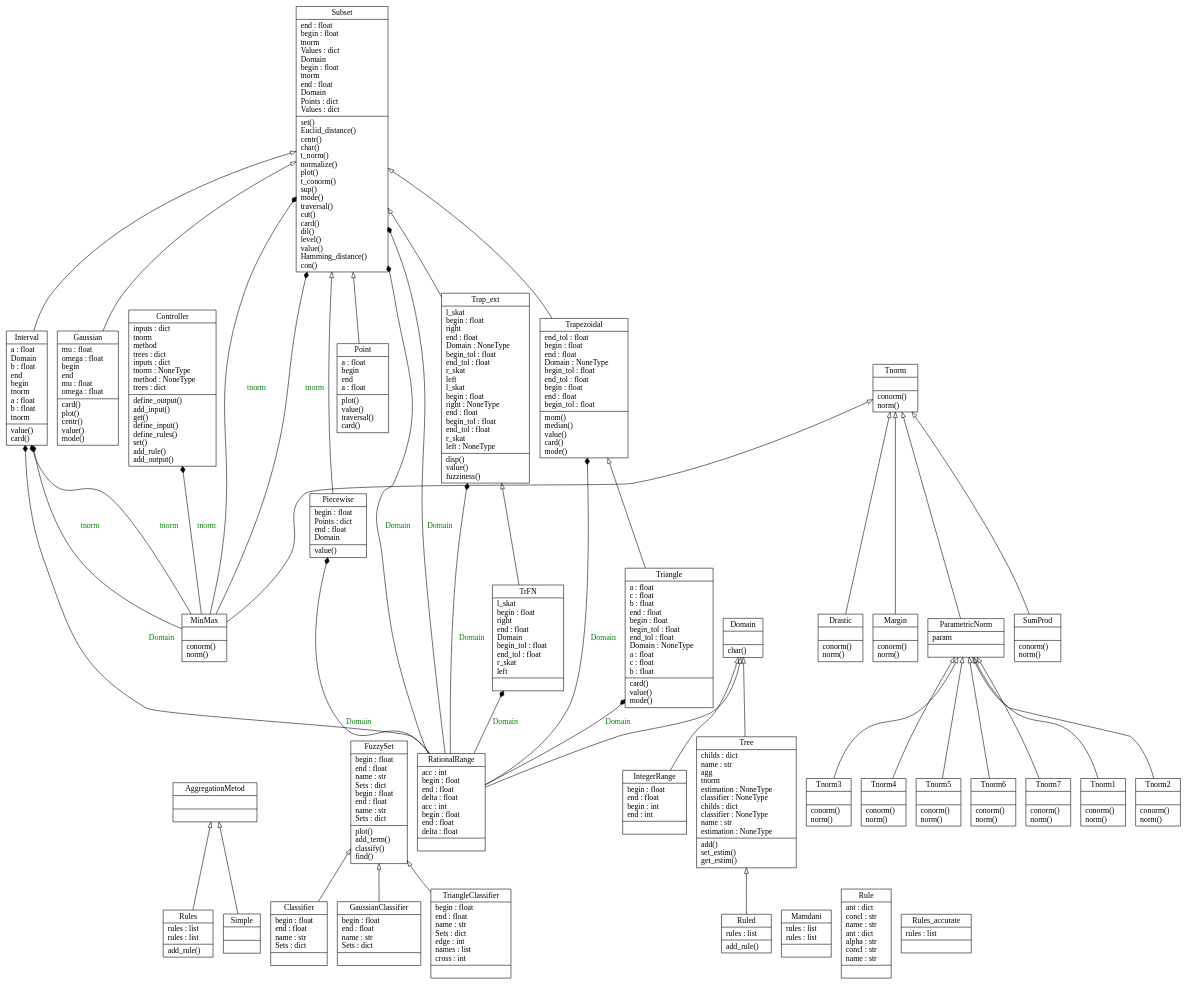
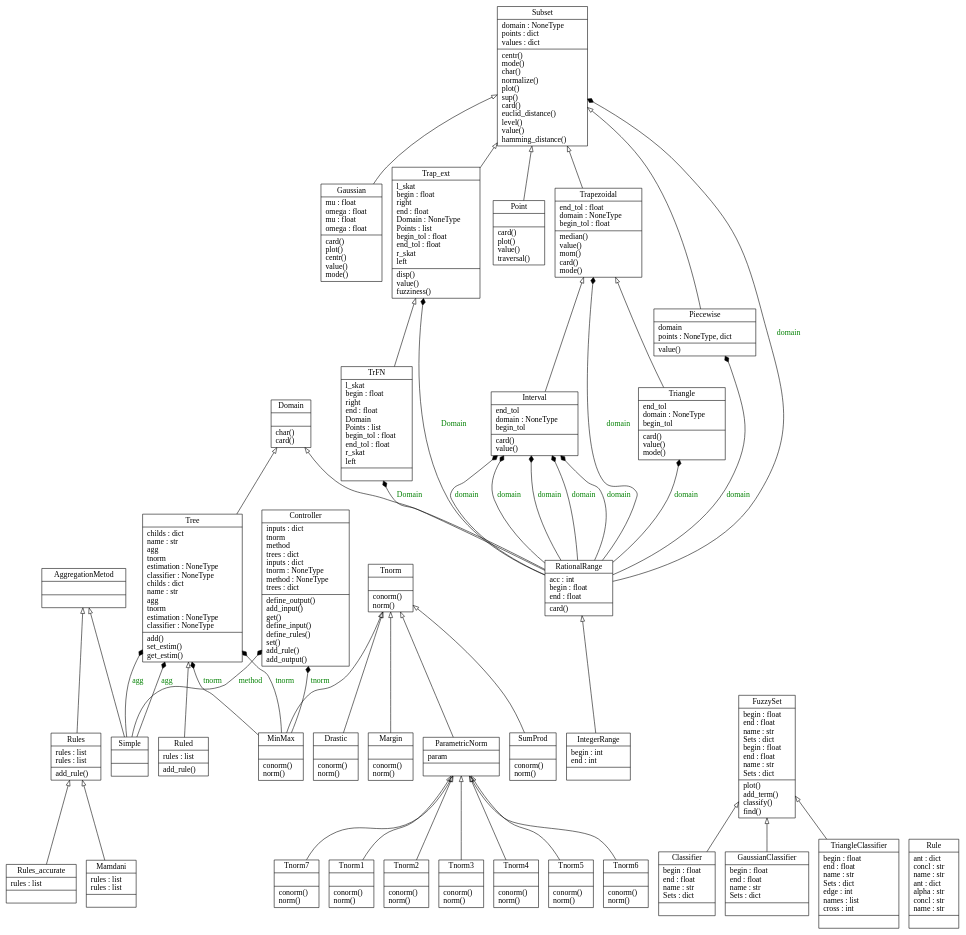
One commit to koroteevmv/FuzzyCalcPy changed the diagram in classes_No_Name.dot. Above: the diagram before and after it, drawn with Graphviz. The commit also changed 20 other files, not shown here.

```diff
--- a/classes_No_Name.dot
+++ b/classes_No_Name.dot
@@ -1,84 +1,90 @@
 digraph "classes_No_Name" {
 charset="utf-8"
 rankdir=BT
 "0" [label="{AggregationMetod|\l|}", shape="record"];
 "1" [label="{Classifier|begin : float\lend : float\lname : str\lSets : dict\l|}", shape="record"];
 "2" [label="{Controller|inputs : dict\ltnorm\lmethod\ltrees : dict\linputs : dict\ltnorm : NoneType\lmethod : NoneType\ltrees : dict\l|define_output()\ladd_input()\lget()\ldefine_input()\ldefine_rules()\lset()\ladd_rule()\ladd_output()\l}", shape="record"];
-"3" [label="{Domain|\l|char()\l}", shape="record"];
+"3" [label="{Domain|\l|char()\lcard()\l}", shape="record"];
 "4" [label="{Drastic|\l|conorm()\lnorm()\l}", shape="record"];
 "5" [label="{FuzzySet|begin : float\lend : float\lname : str\lSets : dict\lbegin : float\lend : float\lname : str\lSets : dict\l|plot()\ladd_term()\lclassify()\lfind()\l}", shape="record"];
-"6" [label="{Gaussian|mu : float\lomega : float\lbegin\lend\lmu : float\lomega : float\l|card()\lplot()\lcentr()\lvalue()\lmode()\l}", shape="record"];
+"6" [label="{Gaussian|mu : float\lomega : float\lmu : float\lomega : float\l|card()\lplot()\lcentr()\lvalue()\lmode()\l}", shape="record"];
 "7" [label="{GaussianClassifier|begin : float\lend : float\lname : str\lSets : dict\l|}", shape="record"];
-"8" [label="{IntegerRange|begin : float\lend : float\lbegin : int\lend : int\l|}", shape="record"];
-"9" [label="{Interval|a : float\lDomain\lb : float\lend\lbegin\ltnorm\la : float\lb : float\ltnorm\l|value()\lcard()\l}", shape="record"];
+"8" [label="{IntegerRange|begin : int\lend : int\l|}", shape="record"];
+"9" [label="{Interval|end_tol\ldomain : NoneType\lbegin_tol\l|card()\lvalue()\l}", shape="record"];
 "10" [label="{Mamdani|rules : list\lrules : list\l|}", shape="record"];
 "11" [label="{Margin|\l|conorm()\lnorm()\l}", shape="record"];
 "12" [label="{MinMax|\l|conorm()\lnorm()\l}", shape="record"];
 "13" [label="{ParametricNorm|param\l|}", shape="record"];
-"14" [label="{Piecewise|begin : float\lPoints : dict\lend : float\lDomain\l|value()\l}", shape="record"];
-"15" [label="{Point|a : float\lbegin\lend\la : float\l|plot()\lvalue()\ltraversal()\lcard()\l}", shape="record"];
-"16" [label="{RationalRange|acc : int\lbegin : float\lend : float\ldelta : float\lacc : int\lbegin : float\lend : float\ldelta : float\l|}", shape="record"];
+"14" [label="{Piecewise|domain\lpoints : NoneType, dict\l|value()\l}", shape="record"];
+"15" [label="{Point|\l|card()\lplot()\lvalue()\ltraversal()\l}", shape="record"];
+"16" [label="{RationalRange|acc : int\lbegin : float\lend : float\l|card()\l}", shape="record"];
 "17" [label="{Rule|ant : dict\lconcl : str\lname : str\lant : dict\lalpha : str\lconcl : str\lname : str\l|}", shape="record"];
 "18" [label="{Ruled|rules : list\l|add_rule()\l}", shape="record"];
 "19" [label="{Rules|rules : list\lrules : list\l|add_rule()\l}", shape="record"];
 "20" [label="{Rules_accurate|rules : list\l|}", shape="record"];
 "21" [label="{Simple|\l|}", shape="record"];
-"22" [label="{Subset|end : float\lbegin : float\ltnorm\lValues : dict\lDomain\lbegin : float\ltnorm\lend : float\lDomain\lPoints : dict\lValues : dict\l|set()\lEuclid_distance()\lcentr()\lchar()\lt_norm()\lnormalize()\lplot()\lt_conorm()\lsup()\lmode()\ltraversal()\lcut()\lcard()\ldil()\llevel()\lvalue()\lHamming_distance()\lcon()\l}", shape="record"];
+"22" [label="{Subset|domain : NoneType\lpoints : dict\lvalues : dict\l|centr()\lmode()\lchar()\lnormalize()\lplot()\lsup()\lcard()\leuclid_distance()\llevel()\lvalue()\lhamming_distance()\l}", shape="record"];
 "23" [label="{SumProd|\l|conorm()\lnorm()\l}", shape="record"];
 "24" [label="{Tnorm|\l|conorm()\lnorm()\l}", shape="record"];
 "25" [label="{Tnorm1|\l|conorm()\lnorm()\l}", shape="record"];
 "26" [label="{Tnorm2|\l|conorm()\lnorm()\l}", shape="record"];
 "27" [label="{Tnorm3|\l|conorm()\lnorm()\l}", shape="record"];
 "28" [label="{Tnorm4|\l|conorm()\lnorm()\l}", shape="record"];
 "29" [label="{Tnorm5|\l|conorm()\lnorm()\l}", shape="record"];
 "30" [label="{Tnorm6|\l|conorm()\lnorm()\l}", shape="record"];
 "31" [label="{Tnorm7|\l|conorm()\lnorm()\l}", shape="record"];
-"32" [label="{TrFN|l_skat\lbegin : float\lright\lend : float\lDomain\lbegin_tol : float\lend_tol : float\lr_skat\lleft\l|}", shape="record"];
-"33" [label="{Trap_ext|l_skat\lbegin : float\lright\lend : float\lDomain : NoneType\lbegin_tol : float\lend_tol : float\lr_skat\lleft\ll_skat\lbegin : float\lright : NoneType\lend : float\lbegin_tol : float\lend_tol : float\lr_skat\lleft : NoneType\l|disp()\lvalue()\lfuzziness()\l}", shape="record"];
-"34" [label="{Trapezoidal|end_tol : float\lbegin : float\lend : float\lDomain : NoneType\lbegin_tol : float\lend_tol : float\lbegin : float\lend : float\lbegin_tol : float\l|mom()\lmedian()\lvalue()\lcard()\lmode()\l}", shape="record"];
-"35" [label="{Tree|childs : dict\lname : str\lagg\ltnorm\lestimation : NoneType\lclassifier : NoneType\lchilds : dict\lclassifier : NoneType\lname : str\lestimation : NoneType\l|add()\lset_estim()\lget_estim()\l}", shape="record"];
-"36" [label="{Triangle|a : float\lc : float\lb : float\lend : float\lbegin : float\lbegin_tol : float\lend_tol : float\lDomain : NoneType\la : float\lc : float\lb : float\l|card()\lvalue()\lmode()\l}", shape="record"];
+"32" [label="{TrFN|l_skat\lbegin : float\lright\lend : float\lDomain\lPoints : list\lbegin_tol : float\lend_tol : float\lr_skat\lleft\l|}", shape="record"];
+"33" [label="{Trap_ext|l_skat\lbegin : float\lright\lend : float\lDomain : NoneType\lPoints : list\lbegin_tol : float\lend_tol : float\lr_skat\lleft\l|disp()\lvalue()\lfuzziness()\l}", shape="record"];
+"34" [label="{Trapezoidal|end_tol : float\ldomain : NoneType\lbegin_tol : float\l|median()\lvalue()\lmom()\lcard()\lmode()\l}", shape="record"];
+"35" [label="{Tree|childs : dict\lname : str\lagg\ltnorm\lestimation : NoneType\lclassifier : NoneType\lchilds : dict\lname : str\lagg\ltnorm\lestimation : NoneType\lclassifier : NoneType\l|add()\lset_estim()\lget_estim()\l}", shape="record"];
+"36" [label="{Triangle|end_tol\ldomain : NoneType\lbegin_tol\l|card()\lvalue()\lmode()\l}", shape="record"];
 "37" [label="{TriangleClassifier|begin : float\lend : float\lname : str\lSets : dict\ledge : int\lnames : list\lcross : int\l|}", shape="record"];
 "1" -> "5" [arrowhead="empty", arrowtail="none"];
 "4" -> "24" [arrowhead="empty", arrowtail="none"];
 "6" -> "22" [arrowhead="empty", arrowtail="none"];
 "7" -> "5" [arrowhead="empty", arrowtail="none"];
-"8" -> "3" [arrowhead="empty", arrowtail="none"];
-"9" -> "22" [arrowhead="empty", arrowtail="none"];
+"8" -> "16" [arrowhead="empty", arrowtail="none"];
+"9" -> "34" [arrowhead="empty", arrowtail="none"];
+"10" -> "19" [arrowhead="empty", arrowtail="none"];
 "11" -> "24" [arrowhead="empty", arrowtail="none"];
 "12" -> "24" [arrowhead="empty", arrowtail="none"];
 "13" -> "24" [arrowhead="empty", arrowtail="none"];
 "14" -> "22" [arrowhead="empty", arrowtail="none"];
 "15" -> "22" [arrowhead="empty", arrowtail="none"];
 "16" -> "3" [arrowhead="empty", arrowtail="none"];
 "18" -> "35" [arrowhead="empty", arrowtail="none"];
 "19" -> "0" [arrowhead="empty", arrowtail="none"];
+"20" -> "19" [arrowhead="empty", arrowtail="none"];
 "21" -> "0" [arrowhead="empty", arrowtail="none"];
 "23" -> "24" [arrowhead="empty", arrowtail="none"];
 "25" -> "13" [arrowhead="empty", arrowtail="none"];
 "26" -> "13" [arrowhead="empty", arrowtail="none"];
 "27" -> "13" [arrowhead="empty", arrowtail="none"];
 "28" -> "13" [arrowhead="empty", arrowtail="none"];
 "29" -> "13" [arrowhead="empty", arrowtail="none"];
 "30" -> "13" [arrowhead="empty", arrowtail="none"];
 "31" -> "13" [arrowhead="empty", arrowtail="none"];
 "32" -> "33" [arrowhead="empty", arrowtail="none"];
 "33" -> "22" [arrowhead="empty", arrowtail="none"];
 "34" -> "22" [arrowhead="empty", arrowtail="none"];
 "35" -> "3" [arrowhead="empty", arrowtail="none"];
 "36" -> "34" [arrowhead="empty", arrowtail="none"];
 "37" -> "5" [arrowhead="empty", arrowtail="none"];
 "12" -> "2" [arrowhead="diamond", arrowtail="none", fontcolor="green", label="tnorm", style="solid"];
-"12" -> "9" [arrowhead="diamond", arrowtail="none", fontcolor="green", label="tnorm", style="solid"];
-"12" -> "9" [arrowhead="diamond", arrowtail="none", fontcolor="green", label="tnorm", style="solid"];
-"12" -> "22" [arrowhead="diamond", arrowtail="none", fontcolor="green", label="tnorm", style="solid"];
-"12" -> "22" [arrowhead="diamond", arrowtail="none", fontcolor="green", label="tnorm", style="solid"];
-"16" -> "9" [arrowhead="diamond", arrowtail="none", fontcolor="green", label="Domain", style="solid"];
-"16" -> "14" [arrowhead="diamond", arrowtail="none", fontcolor="green", label="Domain", style="solid"];
-"16" -> "22" [arrowhead="diamond", arrowtail="none", fontcolor="green", label="Domain", style="solid"];
-"16" -> "22" [arrowhead="diamond", arrowtail="none", fontcolor="green", label="Domain", style="solid"];
+"12" -> "35" [arrowhead="diamond", arrowtail="none", fontcolor="green", label="tnorm", style="solid"];
+"12" -> "35" [arrowhead="diamond", arrowtail="none", fontcolor="green", label="tnorm", style="solid"];
+"16" -> "9" [arrowhead="diamond", arrowtail="none", fontcolor="green", label="domain", style="solid"];
+"16" -> "9" [arrowhead="diamond", arrowtail="none", fontcolor="green", label="domain", style="solid"];
+"16" -> "9" [arrowhead="diamond", arrowtail="none", fontcolor="green", label="domain", style="solid"];
+"16" -> "9" [arrowhead="diamond", arrowtail="none", fontcolor="green", label="domain", style="solid"];
+"16" -> "9" [arrowhead="diamond", arrowtail="none", fontcolor="green", label="domain", style="solid"];
+"16" -> "14" [arrowhead="diamond", arrowtail="none", fontcolor="green", label="domain", style="solid"];
+"16" -> "22" [arrowhead="diamond", arrowtail="none", fontcolor="green", label="domain", style="solid"];
 "16" -> "32" [arrowhead="diamond", arrowtail="none", fontcolor="green", label="Domain", style="solid"];
 "16" -> "33" [arrowhead="diamond", arrowtail="none", fontcolor="green", label="Domain", style="solid"];
-"16" -> "34" [arrowhead="diamond", arrowtail="none", fontcolor="green", label="Domain", style="solid"];
-"16" -> "36" [arrowhead="diamond", arrowtail="none", fontcolor="green", label="Domain", style="solid"];
+"16" -> "34" [arrowhead="diamond", arrowtail="none", fontcolor="green", label="domain", style="solid"];
+"16" -> "36" [arrowhead="diamond", arrowtail="none", fontcolor="green", label="domain", style="solid"];
+"21" -> "2" [arrowhead="diamond", arrowtail="none", fontcolor="green", label="method", style="solid"];
+"21" -> "35" [arrowhead="diamond", arrowtail="none", fontcolor="green", label="agg", style="solid"];
+"21" -> "35" [arrowhead="diamond", arrowtail="none", fontcolor="green", label="agg", style="solid"];
 }
```
